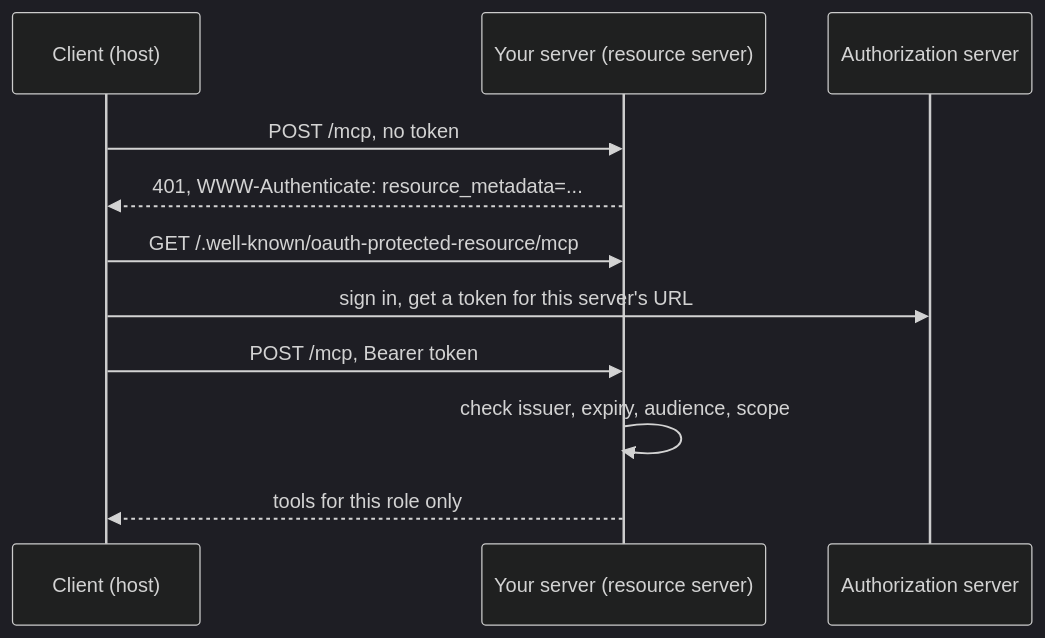
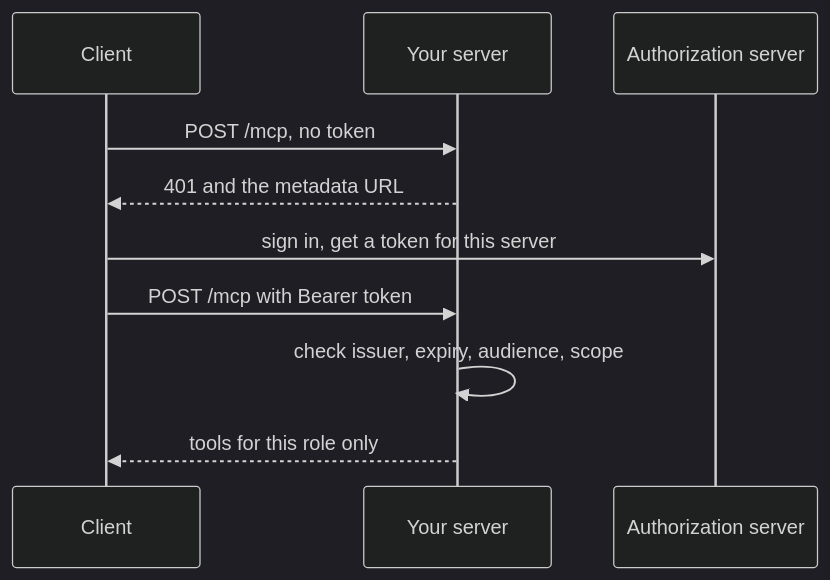
The diagram in parts/03-open-the-server-safely/README.md (learnwithparam/mcp-workshop), drawn with Mermaid (dark theme) before and after one commit. The commit also changed other lines of this file and 153 other files, not shown here.

````diff
--- a/parts/03-open-the-server-safely/README.md
+++ b/parts/03-open-the-server-safely/README.md
@@ -41,13 +15,12 @@
 ```mermaid
 sequenceDiagram
-  participant C as Client (host)
-  participant S as Your server (resource server)
+  participant C as Client
+  participant S as Your server
   participant A as Authorization server
   C->>S: POST /mcp, no token
-  S-->>C: 401, WWW-Authenticate: resource_metadata=...
-  C->>S: GET /.well-known/oauth-protected-resource/mcp
-  C->>A: sign in, get a token for this server's URL
-  C->>S: POST /mcp, Bearer token
+  S-->>C: 401 and the metadata URL
+  C->>A: sign in, get a token for this server
+  C->>S: POST /mcp with Bearer token
   S->>S: check issuer, expiry, audience, scope
   S-->>C: tools for this role only
 ```
````
